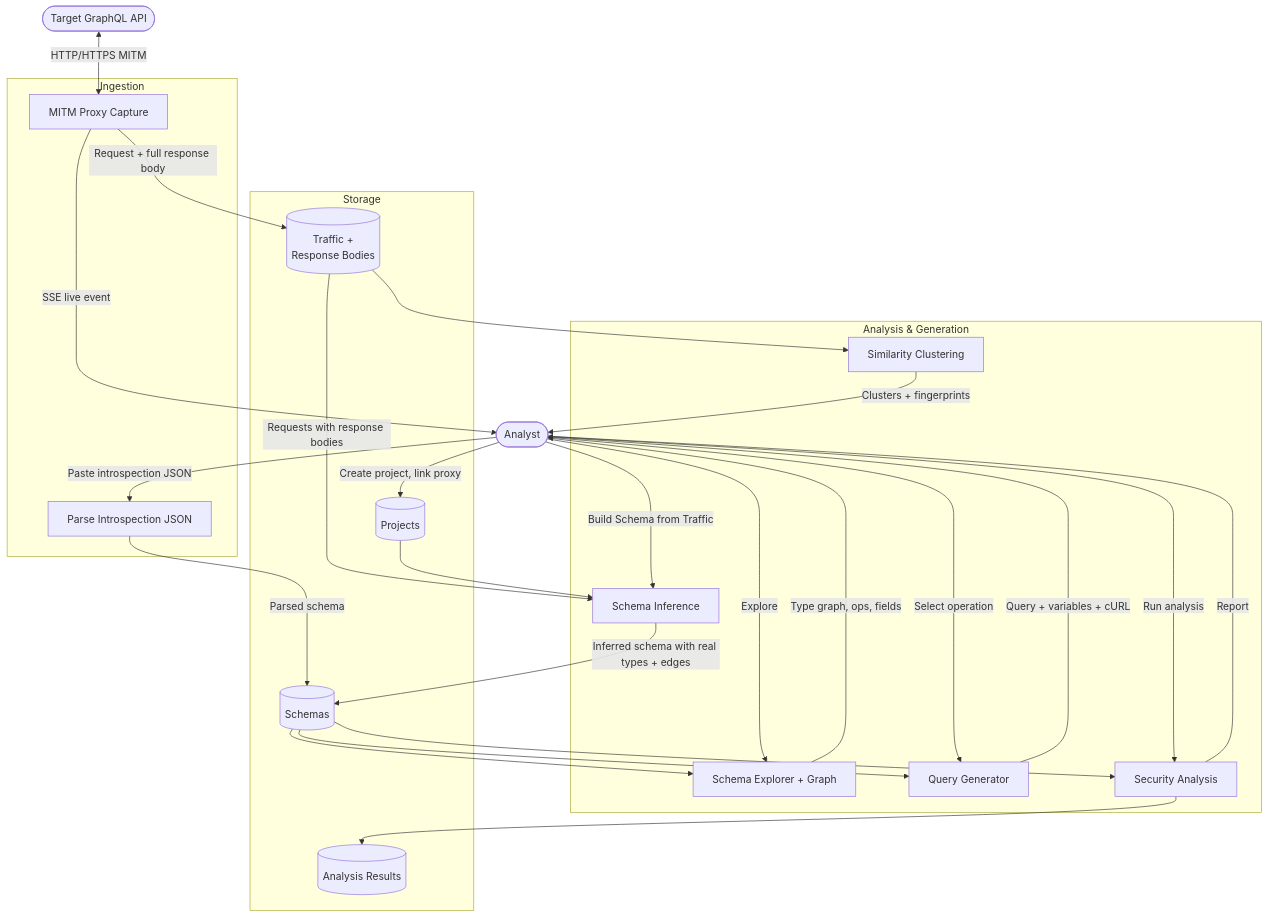
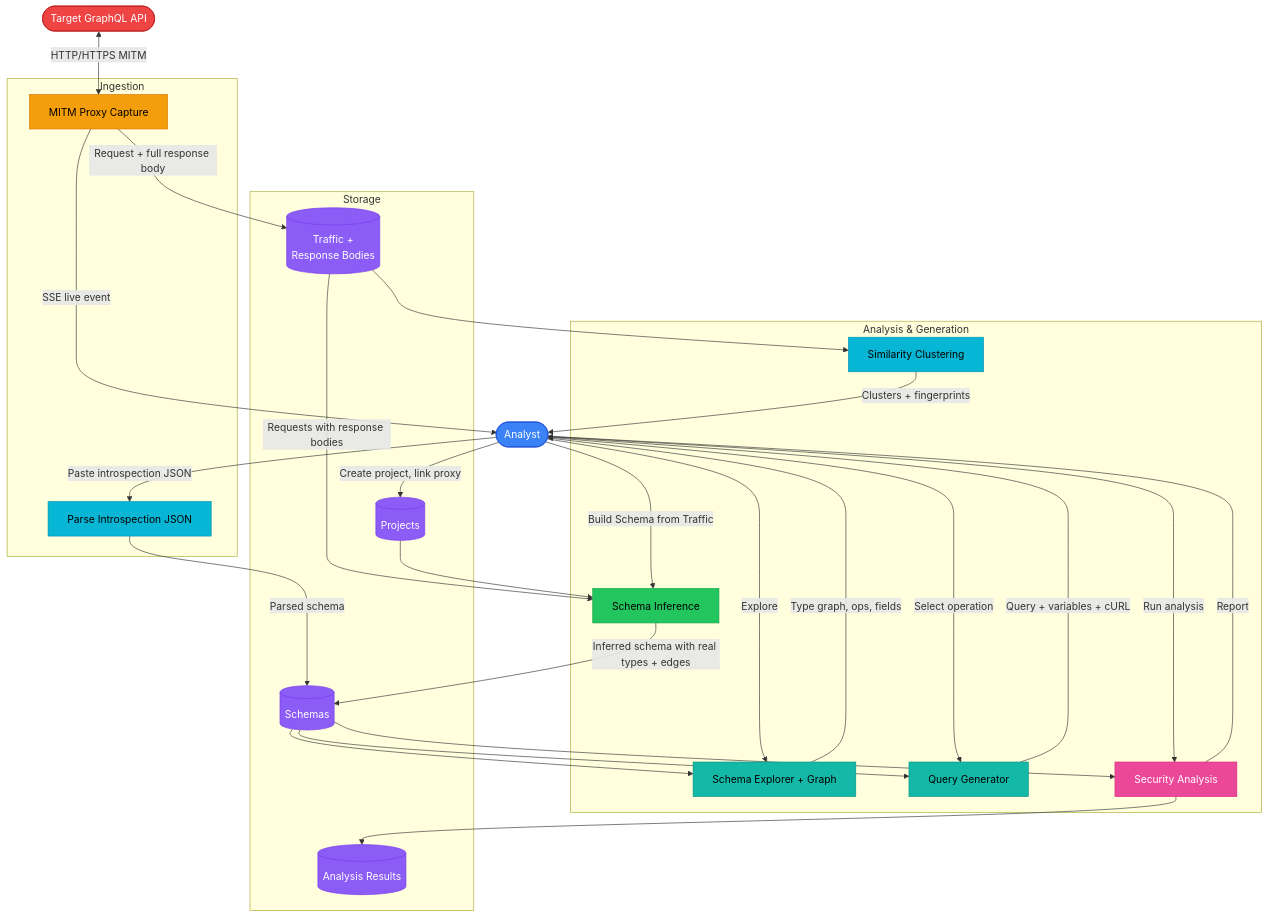
One commit to 0xDTC/0xGQLForge changed the second of 8 diagrams in README.md. Above: the diagram before and after it, drawn with Mermaid. The commit also changed other lines of this file and 9 other files, not shown here.

````diff
--- a/README.md
+++ b/README.md
@@ -188,55 +239,69 @@
 ```mermaid
 flowchart TB
     USER([Analyst])
     TARGET([Target GraphQL API])
 
     subgraph "Ingestion"
         P1[Parse Introspection JSON]
         P4[MITM Proxy Capture]
     end
 
     subgraph "Analysis & Generation"
         P2[Schema Explorer + Graph]
         P3[Query Generator]
         P5[Security Analysis]
         P6[Similarity Clustering]
         P7[Schema Inference]
     end
 
     subgraph "Storage"
         D1[(Schemas)]
         D2[(Traffic +<br/>Response Bodies)]
         D3[(Analysis Results)]
         D4[(Projects)]
     end
 
     USER -->|Paste introspection JSON| P1
     P1 -->|Parsed schema| D1
 
     USER -->|Explore| P2
     D1 --> P2
     P2 -->|Type graph, ops, fields| USER
 
     USER -->|Select operation| P3
     D1 --> P3
     P3 -->|Query + variables + cURL| USER
 
     TARGET <-->|HTTP/HTTPS MITM| P4
     P4 -->|Request + full response body| D2
     P4 -->|SSE live event| USER
 
     USER -->|Create project, link proxy| D4
 
     USER -->|Build Schema from Traffic| P7
     D2 -->|Requests with response bodies| P7
     D4 --> P7
     P7 -->|Inferred schema with real types + edges| D1
 
     USER -->|Run analysis| P5
     D1 --> P5
     P5 --> D3
     P5 -->|Report| USER
 
     D2 --> P6
     P6 -->|Clusters + fingerprints| USER
+
+    style USER fill:#3b82f6,color:#fff,stroke:#1d4ed8
+    style TARGET fill:#ef4444,color:#fff,stroke:#b91c1c
+    style P1 fill:#06b6d4,color:#000,stroke:#0891b2
+    style P4 fill:#f59e0b,color:#000,stroke:#d97706
+    style P2 fill:#14b8a6,color:#000,stroke:#0d9488
+    style P3 fill:#14b8a6,color:#000,stroke:#0d9488
+    style P5 fill:#ec4899,color:#fff,stroke:#db2777
+    style P6 fill:#06b6d4,color:#000,stroke:#0891b2
+    style P7 fill:#22c55e,color:#000,stroke:#16a34a
+    style D1 fill:#8b5cf6,color:#fff,stroke:#7c3aed
+    style D2 fill:#8b5cf6,color:#fff,stroke:#7c3aed
+    style D3 fill:#8b5cf6,color:#fff,stroke:#7c3aed
+    style D4 fill:#8b5cf6,color:#fff,stroke:#7c3aed
 ```
````
